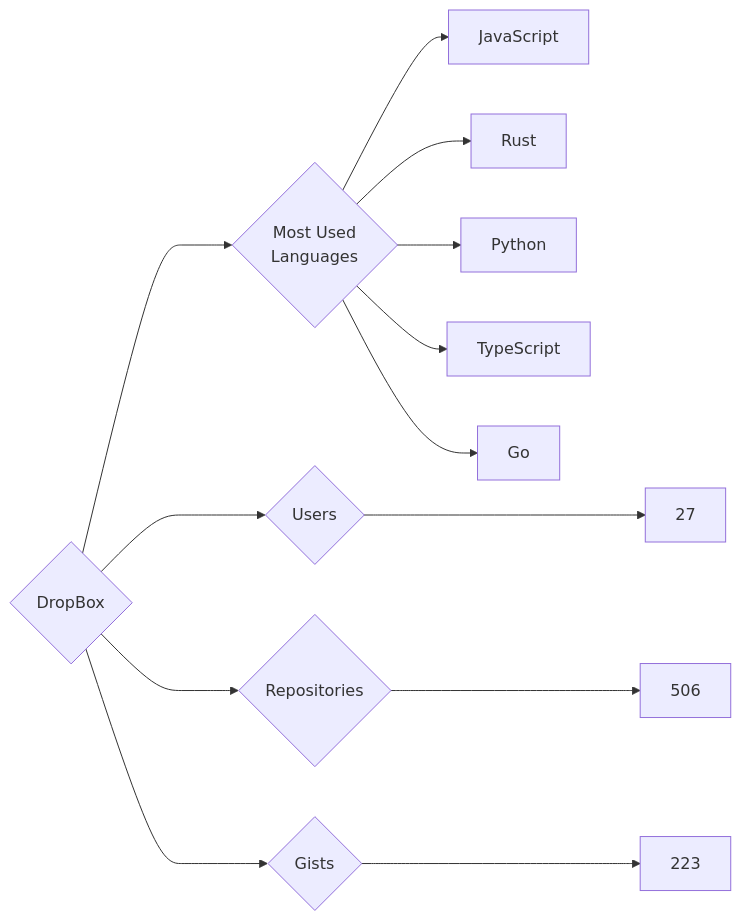
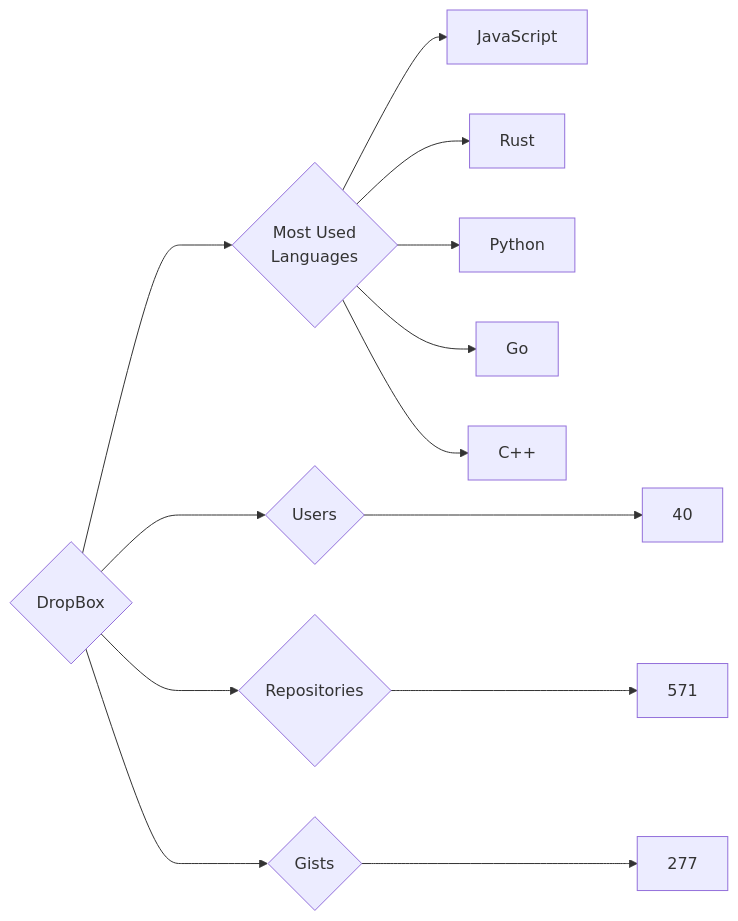
Before and after one commit to trickest/insiders: the diagram in targets/DropBox/README.md, drawn with Mermaid. The commit also changed 894 other files, not shown here.

````diff
--- a/targets/DropBox/README.md
+++ b/targets/DropBox/README.md
@@ -3,13 +3,13 @@
 ```mermaid
 graph LR
 COMPANY_NAME{DropBox}
-COMPANY_NAME ---> U{Users} ---> UN[27]
-COMPANY_NAME ---> R{Repositories} ---> RN[506]
-COMPANY_NAME ---> G{Gists} ---> GN[223]
+COMPANY_NAME ---> U{Users} ---> UN[40]
+COMPANY_NAME ---> R{Repositories} ---> RN[571]
+COMPANY_NAME ---> G{Gists} ---> GN[277]
 COMPANY_NAME ---> ML{Most Used<br>Languages}
 ML --> JavaScript[JavaScript]
 ML --> Rust[Rust]
 ML --> Python[Python]
-ML --> TypeScript[TypeScript]
 ML --> Go[Go]
+ML --> C++[C++]
 ```
````
